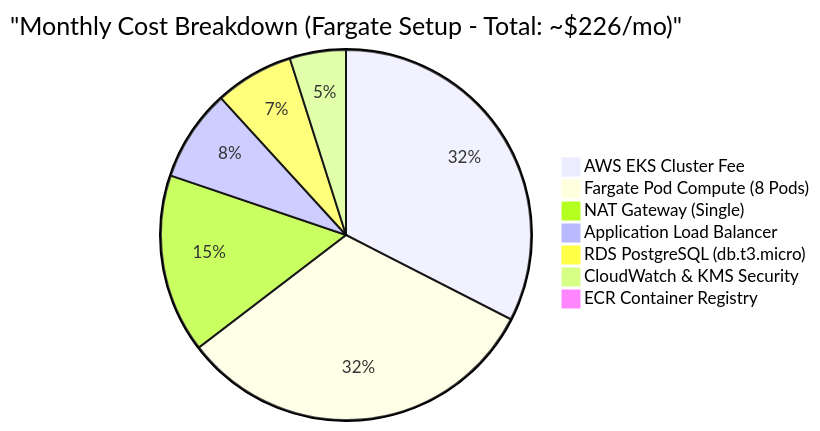
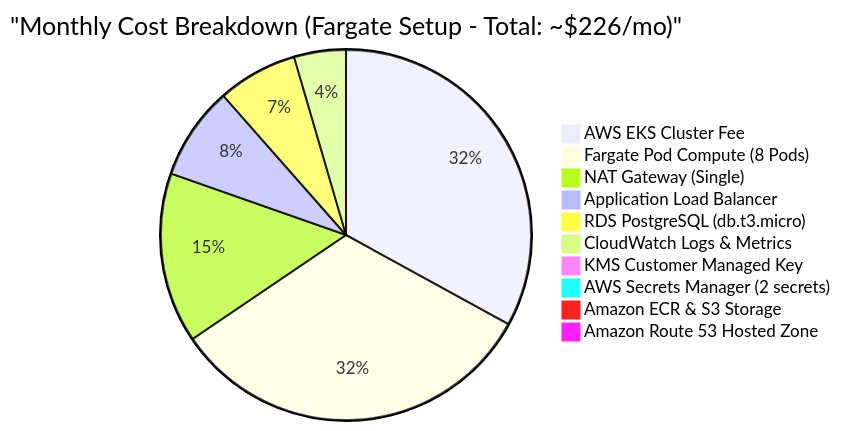
The diagram in docs/cost-analysis.md (CIM-CloudMart/CloudMart), drawn with Mermaid before and after one commit. The commit also changed other lines of this file and 3 other files, not shown here.

````diff
--- a/docs/cost-analysis.md
+++ b/docs/cost-analysis.md
@@ -11,10 +11,13 @@
 ```mermaid
 pie title "Monthly Cost Breakdown (Fargate Setup - Total: ~$226/mo)"
     "AWS EKS Cluster Fee" : 73.00
     "Fargate Pod Compute (8 Pods)" : 72.00
-    "NAT Gateway (Single)" : 35.00
+    "NAT Gateway (Single)" : 32.85
     "Application Load Balancer" : 18.00
     "RDS PostgreSQL (db.t3.micro)" : 15.44
-    "CloudWatch & KMS Security" : 11.00
-    "ECR Container Registry" : 2.00
+    "CloudWatch Logs & Metrics" : 10.00
+    "KMS Customer Managed Key" : 1.00
+    "AWS Secrets Manager (2 secrets)" : 0.80
+    "Amazon ECR & S3 Storage" : 2.00
+    "Amazon Route 53 Hosted Zone" : 0.50
 ```
````
